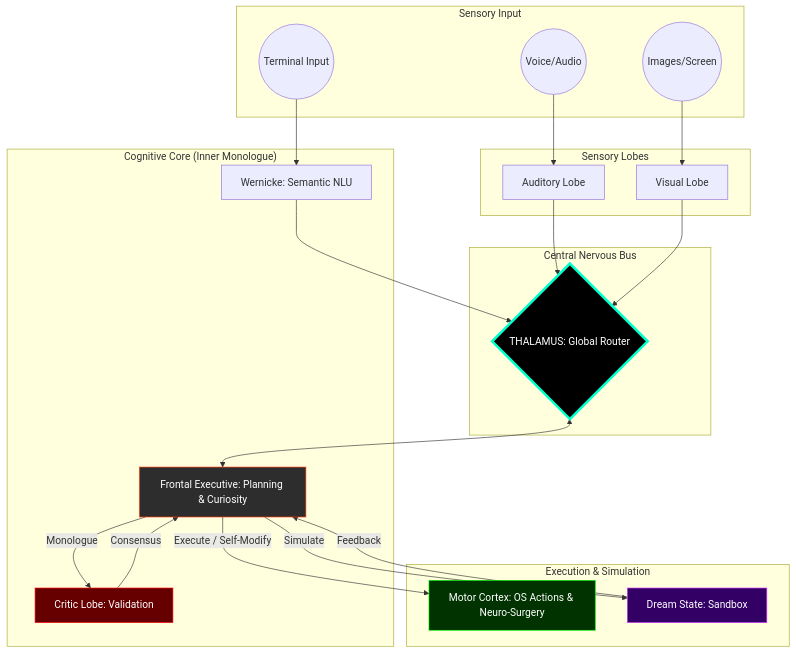
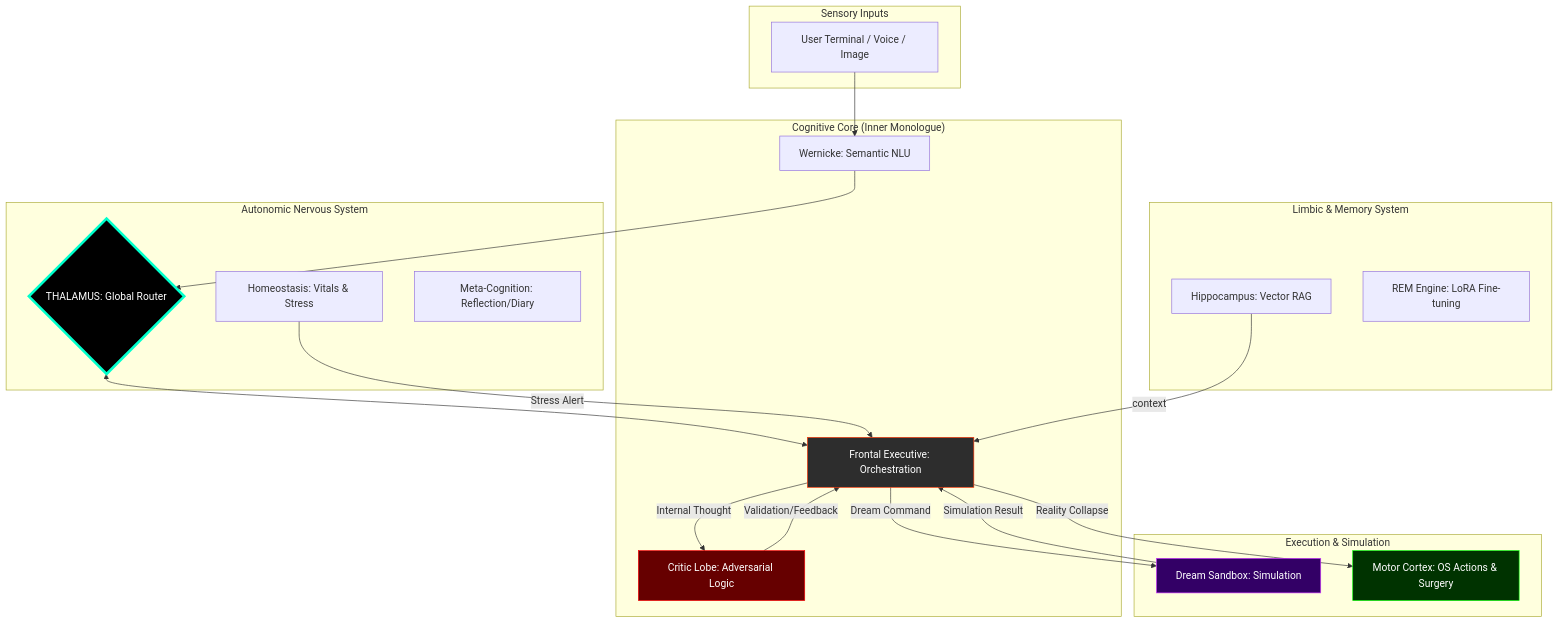
Before and after one commit to jpmlima/NeuroSwarm: the diagram in README.md, drawn with Mermaid. The commit also changed other lines of this file and 8 other files, not shown here.

Commit message:
feat: v2.0.0 - Full Autonomous AGI Framework (Curiosity, Surgery, Consensus, Simulation)

````diff
--- a/README.md
+++ b/README.md
@@ -34,50 +41,46 @@
 ```mermaid
 graph TD
-    subgraph "Sensory Input"
-        Audio((Voice/Audio))
-        Vision((Images/Screen))
-        Text((Terminal Input))
+    subgraph "Sensory Inputs"
+        SI[User Terminal / Voice / Image]
     end
 
-    subgraph "Central Nervous Bus"
+    subgraph "Autonomic Nervous System"
         TH{THALAMUS: Global Router}
+        HM[Homeostasis: Vitals & Stress]
+        MC[Meta-Cognition: Reflection/Diary]
     end
 
     subgraph "Cognitive Core (Inner Monologue)"
-        FE[Frontal Executive: Planning & Curiosity]
-        CL[Critic Lobe: Validation]
         WN[Wernicke: Semantic NLU]
+        FE[Frontal Executive: Orchestration]
+        CL[Critic Lobe: Adversarial Logic]
     end
 
-    subgraph "Sensory Lobes"
-        AL[Auditory Lobe]
-        VL[Visual Lobe]
+    subgraph "Limbic & Memory System"
+        HP[Hippocampus: Vector RAG]
+        REM[REM Engine: LoRA Fine-tuning]
     end
 
     subgraph "Execution & Simulation"
-        MT[Motor Cortex: OS Actions & Neuro-Surgery]
-        DS[Dream State: Sandbox]
+        DS[Dream Sandbox: Simulation]
+        MT[Motor Cortex: OS Actions & Surgery]
     end
 
     %% Flow
-    Audio --> AL
-    Vision --> VL
-    Text --> WN
-    AL --> TH
-    VL --> TH
+    SI --> WN
     WN --> TH
-    
     TH <--> FE
-    FE -- Monologue --> CL
-    CL -- Consensus --> FE
-    
-    FE -- Simulate --> DS
-    DS -- Feedback --> FE
-    FE -- Execute / Self-Modify --> MT
+    FE -- Internal Thought --> CL
+    CL -- Validation/Feedback --> FE
+    FE -- Dream Command --> DS
+    DS -- Simulation Result --> FE
+    FE -- Reality Collapse --> MT
+    HM -- Stress Alert --> FE
+    HP -- context --> FE
     
     style TH fill:#000,stroke:#00ffcc,stroke-width:4px,color:#fff
     style FE fill:#2d2d2d,stroke:#ff3300,color:#fff
     style DS fill:#330066,stroke:#cc33ff,color:#fff
     style CL fill:#660000,stroke:#ff0000,color:#fff
     style MT fill:#003300,stroke:#00ff00,color:#fff
 ```
````
